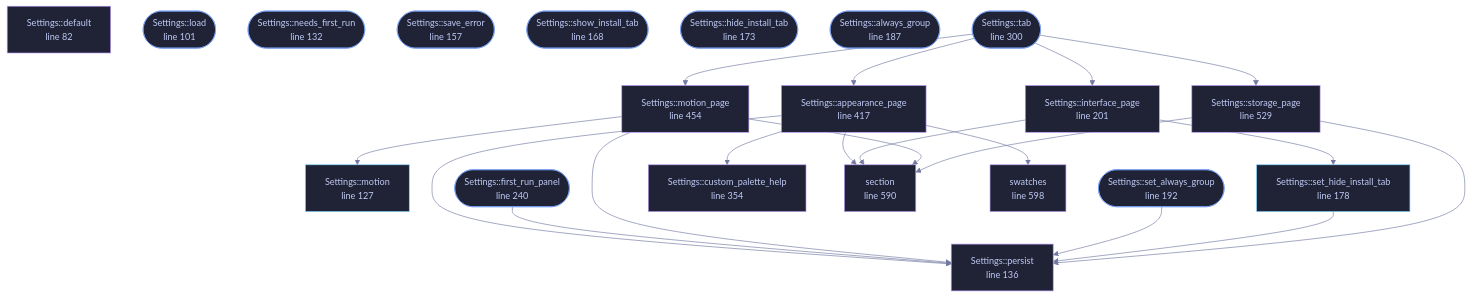
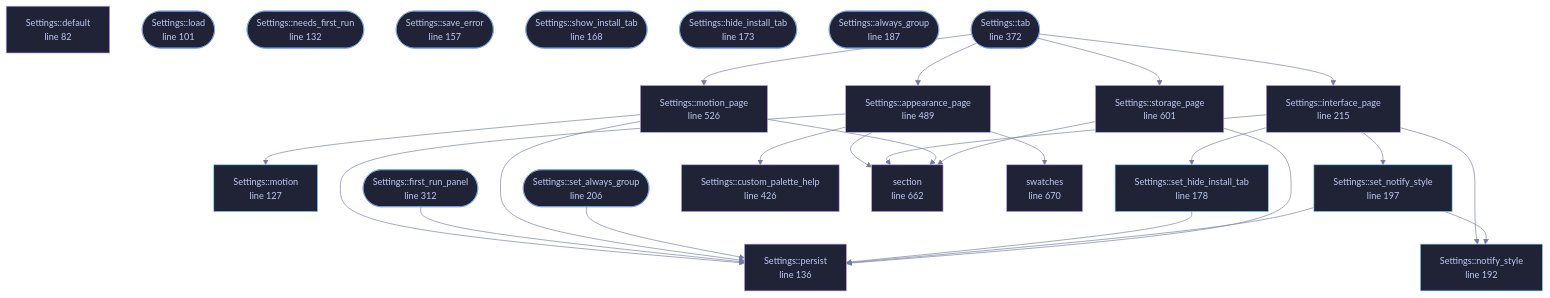
The diagram in docs/files/veilvoice-gui/settings.md (tilas01/veilvoice), drawn with Mermaid before and after one commit. The commit also changed other lines of this file and 61 other files, not shown here.

````diff
--- a/docs/files/veilvoice-gui/settings.md
+++ b/docs/files/veilvoice-gui/settings.md
@@ -91,68 +91,76 @@
 ```mermaid
 %%{init: {"theme":"base","themeVariables":{"background":"#1a1b26","primaryColor":"#1f2335","primaryTextColor":"#c0caf5","primaryBorderColor":"#7aa2f7","secondaryColor":"#16161e","tertiaryColor":"#16161e","lineColor":"#737aa2","textColor":"#c0caf5","mainBkg":"#1f2335","nodeBorder":"#7aa2f7","clusterBkg":"#16161e","clusterBorder":"#2f3549","fontFamily":"ui-monospace, SFMono-Regular, Consolas, monospace","fontSize":"14px"}}}%%
 flowchart TD
     n_default["Settings::default<br/>line 82"]
     n_load(["Settings::load<br/>line 101"])
     n_motion["Settings::motion<br/>line 127"]
     n_needs_first_run(["Settings::needs_first_run<br/>line 132"])
     n_persist["Settings::persist<br/>line 136"]
     n_save_error(["Settings::save_error<br/>line 157"])
     n_show_install_tab(["Settings::show_install_tab<br/>line 168"])
     n_hide_install_tab(["Settings::hide_install_tab<br/>line 173"])
     n_set_hide_install_tab["Settings::set_hide_install_tab<br/>line 178"]
     n_always_group(["Settings::always_group<br/>line 187"])
-    n_set_always_group(["Settings::set_always_group<br/>line 192"])
-    n_interface_page["Settings::interface_page<br/>line 201"]
-    n_first_run_panel(["Settings::first_run_panel<br/>line 240"])
-    n_tab(["Settings::tab<br/>line 300"])
-    n_custom_palette_help["Settings::custom_palette_help<br/>line 354"]
-    n_appearance_page["Settings::appearance_page<br/>line 417"]
-    n_motion_page["Settings::motion_page<br/>line 454"]
-    n_storage_page["Settings::storage_page<br/>line 529"]
-    n_section["section<br/>line 590"]
-    n_swatches["swatches<br/>line 598"]
+    n_notify_style["Settings::notify_style<br/>line 192"]
+    n_set_notify_style["Settings::set_notify_style<br/>line 197"]
+    n_set_always_group(["Settings::set_always_group<br/>line 206"])
+    n_interface_page["Settings::interface_page<br/>line 215"]
+    n_first_run_panel(["Settings::first_run_panel<br/>line 312"])
+    n_tab(["Settings::tab<br/>line 372"])
+    n_custom_palette_help["Settings::custom_palette_help<br/>line 426"]
+    n_appearance_page["Settings::appearance_page<br/>line 489"]
+    n_motion_page["Settings::motion_page<br/>line 526"]
+    n_storage_page["Settings::storage_page<br/>line 601"]
+    n_section["section<br/>line 662"]
+    n_swatches["swatches<br/>line 670"]
     n_appearance_page --> n_custom_palette_help
     n_appearance_page --> n_persist
     n_appearance_page --> n_section
     n_appearance_page --> n_swatches
     n_first_run_panel --> n_persist
+    n_interface_page --> n_notify_style
     n_interface_page --> n_section
     n_interface_page --> n_set_hide_install_tab
+    n_interface_page --> n_set_notify_style
     n_motion_page --> n_motion
     n_motion_page --> n_persist
     n_motion_page --> n_section
     n_set_always_group --> n_persist
     n_set_hide_install_tab --> n_persist
+    n_set_notify_style --> n_notify_style
+    n_set_notify_style --> n_persist
     n_storage_page --> n_persist
     n_storage_page --> n_section
     n_tab --> n_appearance_page
     n_tab --> n_interface_page
     n_tab --> n_motion_page
     n_tab --> n_storage_page
     click n_default href "https://github.com/tilas01/veilvoice/blob/main/crates/veilvoice-gui/src/settings.rs#L82" "open the source"
     click n_load href "https://github.com/tilas01/veilvoice/blob/main/crates/veilvoice-gui/src/settings.rs#L101" "open the source"
     click n_motion href "https://github.com/tilas01/veilvoice/blob/main/crates/veilvoice-gui/src/settings.rs#L127" "open the source"
     click n_needs_first_run href "https://github.com/tilas01/veilvoice/blob/main/crates/veilvoice-gui/src/settings.rs#L132" "open the source"
     click n_persist href "https://github.com/tilas01/veilvoice/blob/main/crates/veilvoice-gui/src/settings.rs#L136" "open the source"
     click n_save_error href "https://github.com/tilas01/veilvoice/blob/main/crates/veilvoice-gui/src/settings.rs#L157" "open the source"
     click n_show_install_tab href "https://github.com/tilas01/veilvoice/blob/main/crates/veilvoice-gui/src/settings.rs#L168" "open the source"
     click n_hide_install_tab href "https://github.com/tilas01/veilvoice/blob/main/crates/veilvoice-gui/src/settings.rs#L173" "open the source"
     click n_set_hide_install_tab href "https://github.com/tilas01/veilvoice/blob/main/crates/veilvoice-gui/src/settings.rs#L178" "open the source"
     click n_always_group href "https://github.com/tilas01/veilvoice/blob/main/crates/veilvoice-gui/src/settings.rs#L187" "open the source"
-    click n_set_always_group href "https://github.com/tilas01/veilvoice/blob/main/crates/veilvoice-gui/src/settings.rs#L192" "open the source"
-    click n_interface_page href "https://github.com/tilas01/veilvoice/blob/main/crates/veilvoice-gui/src/settings.rs#L201" "open the source"
-    click n_first_run_panel href "https://github.com/tilas01/veilvoice/blob/main/crates/veilvoice-gui/src/settings.rs#L240" "open the source"
-    click n_tab href "https://github.com/tilas01/veilvoice/blob/main/crates/veilvoice-gui/src/settings.rs#L300" "open the source"
-    click n_custom_palette_help href "https://github.com/tilas01/veilvoice/blob/main/crates/veilvoice-gui/src/settings.rs#L354" "open the source"
-    click n_appearance_page href "https://github.com/tilas01/veilvoice/blob/main/crates/veilvoice-gui/src/settings.rs#L417" "open the source"
-    click n_motion_page href "https://github.com/tilas01/veilvoice/blob/main/crates/veilvoice-gui/src/settings.rs#L454" "open the source"
-    click n_storage_page href "https://github.com/tilas01/veilvoice/blob/main/crates/veilvoice-gui/src/settings.rs#L529" "open the source"
-    click n_section href "https://github.com/tilas01/veilvoice/blob/main/crates/veilvoice-gui/src/settings.rs#L590" "open the source"
-    click n_swatches href "https://github.com/tilas01/veilvoice/blob/main/crates/veilvoice-gui/src/settings.rs#L598" "open the source"
+    click n_notify_style href "https://github.com/tilas01/veilvoice/blob/main/crates/veilvoice-gui/src/settings.rs#L192" "open the source"
+    click n_set_notify_style href "https://github.com/tilas01/veilvoice/blob/main/crates/veilvoice-gui/src/settings.rs#L197" "open the source"
+    click n_set_always_group href "https://github.com/tilas01/veilvoice/blob/main/crates/veilvoice-gui/src/settings.rs#L206" "open the source"
+    click n_interface_page href "https://github.com/tilas01/veilvoice/blob/main/crates/veilvoice-gui/src/settings.rs#L215" "open the source"
+    click n_first_run_panel href "https://github.com/tilas01/veilvoice/blob/main/crates/veilvoice-gui/src/settings.rs#L312" "open the source"
+    click n_tab href "https://github.com/tilas01/veilvoice/blob/main/crates/veilvoice-gui/src/settings.rs#L372" "open the source"
+    click n_custom_palette_help href "https://github.com/tilas01/veilvoice/blob/main/crates/veilvoice-gui/src/settings.rs#L426" "open the source"
+    click n_appearance_page href "https://github.com/tilas01/veilvoice/blob/main/crates/veilvoice-gui/src/settings.rs#L489" "open the source"
+    click n_motion_page href "https://github.com/tilas01/veilvoice/blob/main/crates/veilvoice-gui/src/settings.rs#L526" "open the source"
+    click n_storage_page href "https://github.com/tilas01/veilvoice/blob/main/crates/veilvoice-gui/src/settings.rs#L601" "open the source"
+    click n_section href "https://github.com/tilas01/veilvoice/blob/main/crates/veilvoice-gui/src/settings.rs#L662" "open the source"
+    click n_swatches href "https://github.com/tilas01/veilvoice/blob/main/crates/veilvoice-gui/src/settings.rs#L670" "open the source"
     classDef entry fill:#1f2335,stroke:#7aa2f7,color:#c0caf5
     class n_load,n_needs_first_run,n_save_error,n_show_install_tab,n_hide_install_tab,n_always_group,n_set_always_group,n_first_run_panel,n_tab entry
     classDef api fill:#1f2335,stroke:#7dcfff,color:#c0caf5
-    class n_motion,n_set_hide_install_tab api
+    class n_motion,n_set_hide_install_tab,n_notify_style,n_set_notify_style api
     classDef helper fill:#1f2335,stroke:#bb9af7,color:#c0caf5
     class n_default,n_persist,n_interface_page,n_custom_palette_help,n_appearance_page,n_motion_page,n_storage_page,n_section,n_swatches helper
 ```
````
